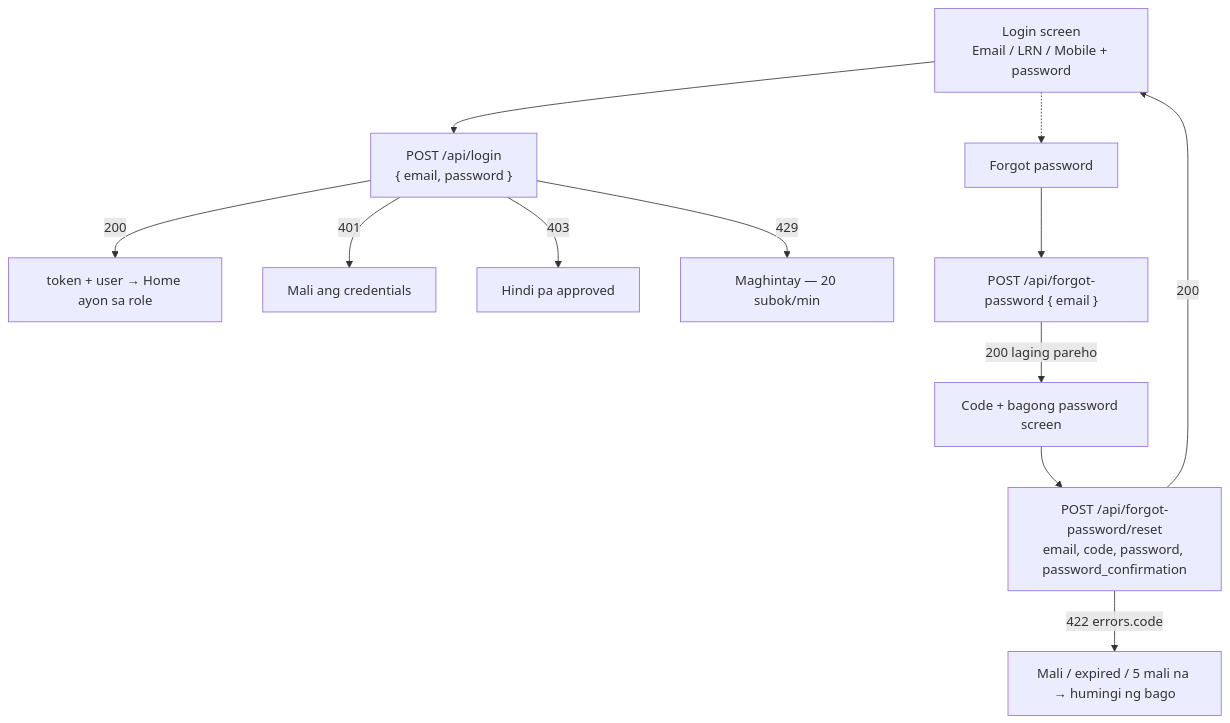
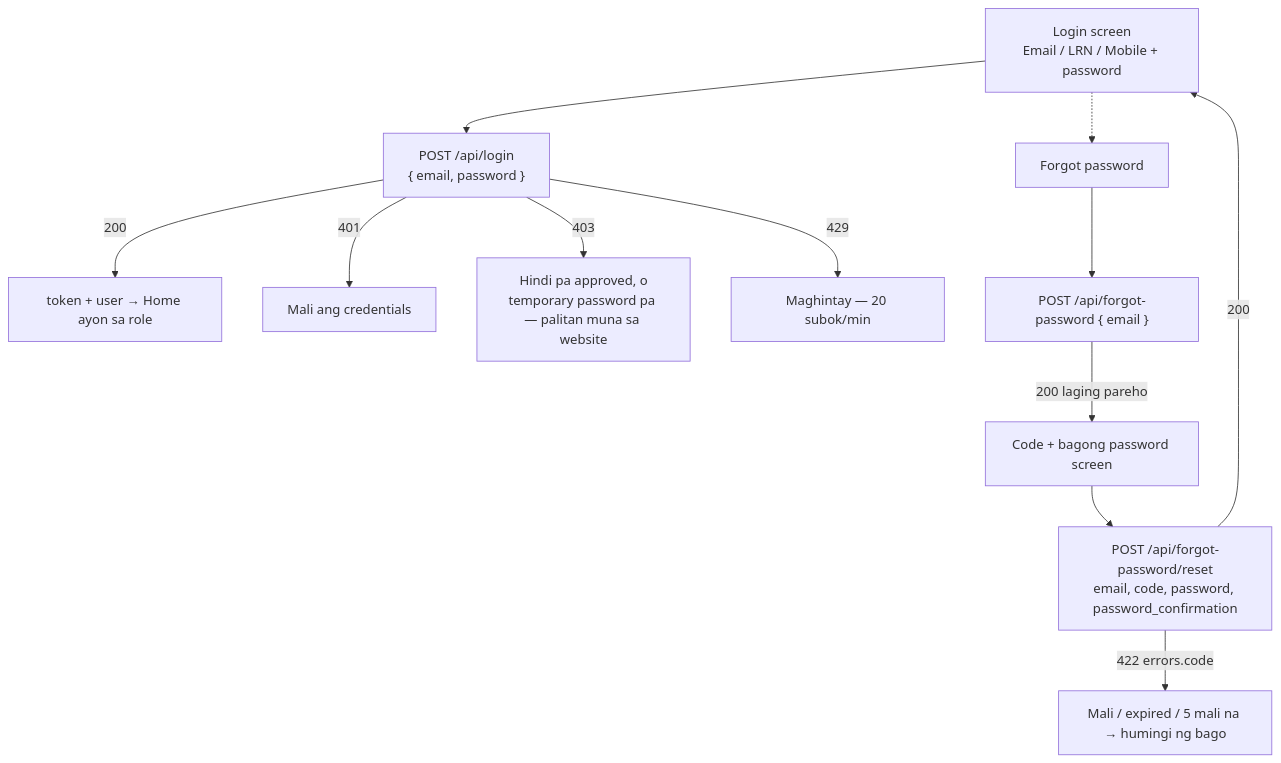
One commit to capstonepurpose70-cell/dp-lms-web changed the second of 7 diagrams in docs/FLUTTER_HANDOFF.md. Above: the diagram before and after it, drawn with Mermaid. The commit also changed other lines of this file, not shown here.

Commit message:
Flutter handoff: document temporary-password 403 on mobile login

````diff
--- a/docs/FLUTTER_HANDOFF.md
+++ b/docs/FLUTTER_HANDOFF.md
@@ -133,14 +133,14 @@
 ```mermaid
 flowchart TD
     L[Login screen<br/>Email / LRN / Mobile + password] --> P["POST /api/login<br/>{ email, password }"]
     P -->|200| T[token + user → Home ayon sa role]
     P -->|401| X1[Mali ang credentials]
-    P -->|403| X2[Hindi pa approved]
+    P -->|403| X2[Hindi pa approved, o<br/>temporary password pa — palitan muna sa website]
     P -->|429| X3[Maghintay — 20 subok/min]
     L -.-> F1[Forgot password]
     F1 --> F2["POST /api/forgot-password { email }"]
     F2 -->|200 laging pareho| F3[Code + bagong password screen]
     F3 --> F4["POST /api/forgot-password/reset<br/>email, code, password, password_confirmation"]
     F4 -->|200| L
     F4 -->|422 errors.code| F5[Mali / expired / 5 mali na → humingi ng bago]
 ```
````
